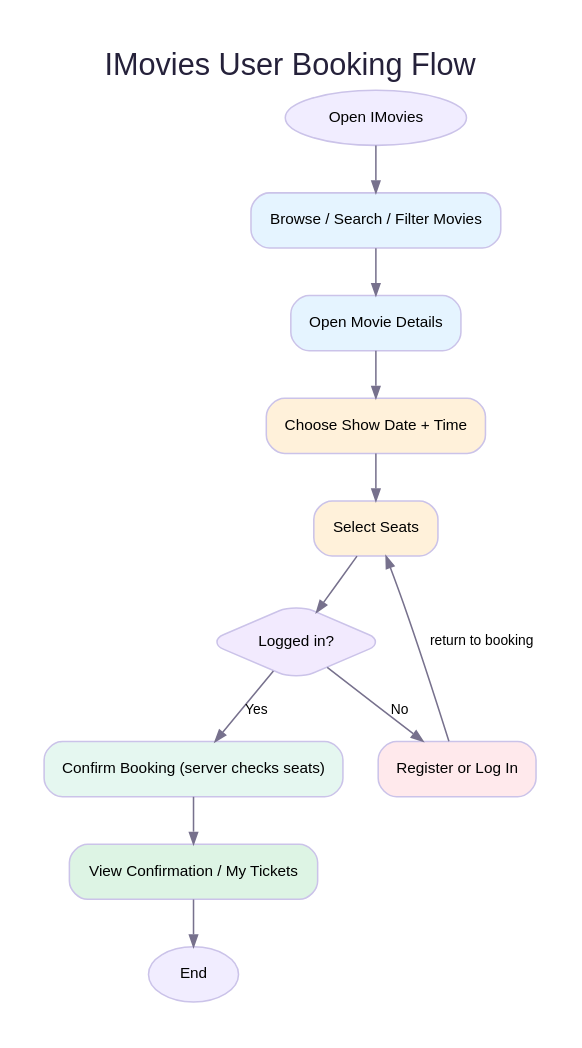
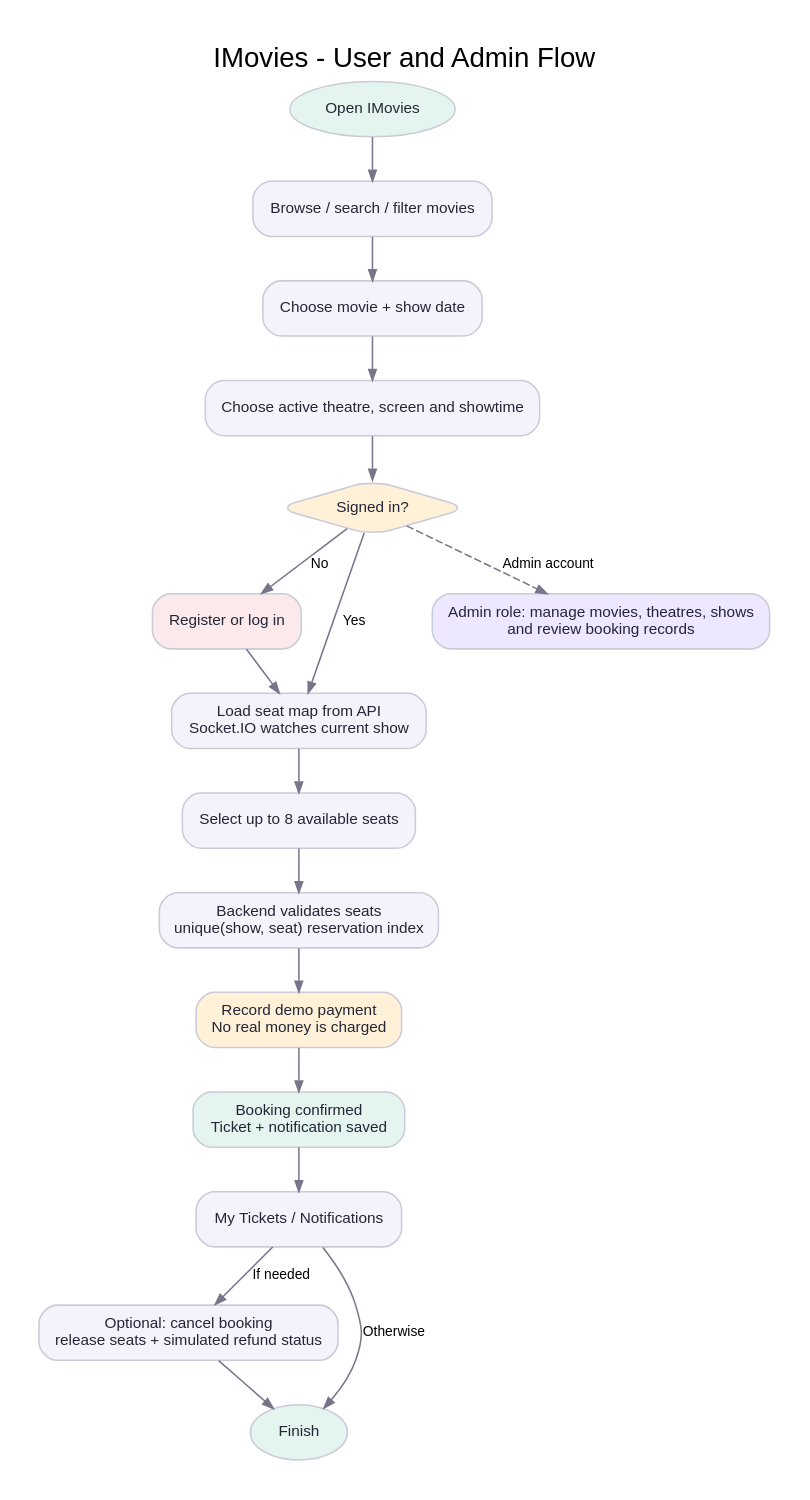
Before and after one commit to AmayGuptaEN24CS3010116/IMovies: the diagram in assets/diagrams/user-flow.dot, drawn with Graphviz. The commit also changed 48 other files, not shown here.

```diff
--- a/assets/diagrams/user-flow.dot
+++ b/assets/diagrams/user-flow.dot
@@ -1,20 +1,29 @@
-digraph Flow {
- graph [rankdir=TB, bgcolor="white", pad="0.3", nodesep="0.32", ranksep="0.42", label="IMovies User Booking Flow", labelloc=t, fontsize=20, fontname="Arial", fontcolor="#25213A"];
- node [shape=box, style="rounded,filled", fontname="Arial", fontsize=10, margin="0.17,0.1", color="#CBC3E9"];
- edge [fontname="Arial", fontsize=9, color="#77718D", arrowsize=0.75];
- start [shape=oval,label="Open IMovies",fillcolor="#F1EDFF"];
- browse [label="Browse / Search / Filter Movies",fillcolor="#E5F4FF"];
- movie [label="Open Movie Details",fillcolor="#E5F4FF"];
- show [label="Choose Show Date + Time",fillcolor="#FFF1DA"];
- seat [label="Select Seats",fillcolor="#FFF1DA"];
- auth [shape=diamond,label="Logged in?",fillcolor="#F2EAFE",width=1.25,height=.7];
- login [label="Register or Log In",fillcolor="#FFE9EC"];
- confirm [label="Confirm Booking (server checks seats)",fillcolor="#E5F7F0"];
- ticket [label="View Confirmation / My Tickets",fillcolor="#DDF4E4"];
- end [shape=oval,label="End",fillcolor="#F1EDFF"];
- start -> browse -> movie -> show -> seat -> auth;
- auth -> confirm [label="Yes"];
- auth -> login [label="No"];
- login -> seat [label="return to booking"];
- confirm -> ticket -> end;
+digraph IMoviesFlow {
+  graph [rankdir=TB, bgcolor="#ffffff", pad="0.25", nodesep="0.32", ranksep="0.38", fontname="Arial", label="IMovies - User and Admin Flow", labelloc=t, fontsize=18];
+  node [shape=box, style="rounded,filled", fontname="Arial", fontsize=10, color="#c9cbd8", fillcolor="#f4f3fb", fontcolor="#242536", margin="0.15,0.09"];
+  edge [fontname="Arial", fontsize=9, color="#77758a", arrowsize=0.7];
+  start [shape=oval, label="Open IMovies", fillcolor="#e4f4ee"];
+  browse [label="Browse / search / filter movies"];
+  select [label="Choose movie + show date"];
+  shows [label="Choose active theatre, screen and showtime"];
+  auth [shape=diamond, label="Signed in?", fillcolor="#fff0d8"];
+  login [label="Register or log in", fillcolor="#fce9ec"];
+  seats [label="Load seat map from API\nSocket.IO watches current show"];
+  choose [label="Select up to 8 available seats"];
+  reserve [label="Backend validates seats\nunique(show, seat) reservation index"];
+  checkout [label="Record demo payment\nNo real money is charged", fillcolor="#fff0d8"];
+  done [label="Booking confirmed\nTicket + notification saved", fillcolor="#e4f4ee"];
+  history [label="My Tickets / Notifications"];
+  cancel [label="Optional: cancel booking\nrelease seats + simulated refund status"];
+  end [shape=oval, label="Finish", fillcolor="#e4f4ee"];
+  start -> browse -> select -> shows -> auth;
+  auth -> login [label="No"];
+  login -> seats;
+  auth -> seats [label="Yes"];
+  seats -> choose -> reserve -> checkout -> done -> history;
+  history -> cancel [label="If needed"];
+  cancel -> end;
+  history -> end [label="Otherwise"];
+  admin [label="Admin role: manage movies, theatres, shows\nand review booking records", fillcolor="#ede8ff"];
+  auth -> admin [label="Admin account", style=dashed];
 }
```
